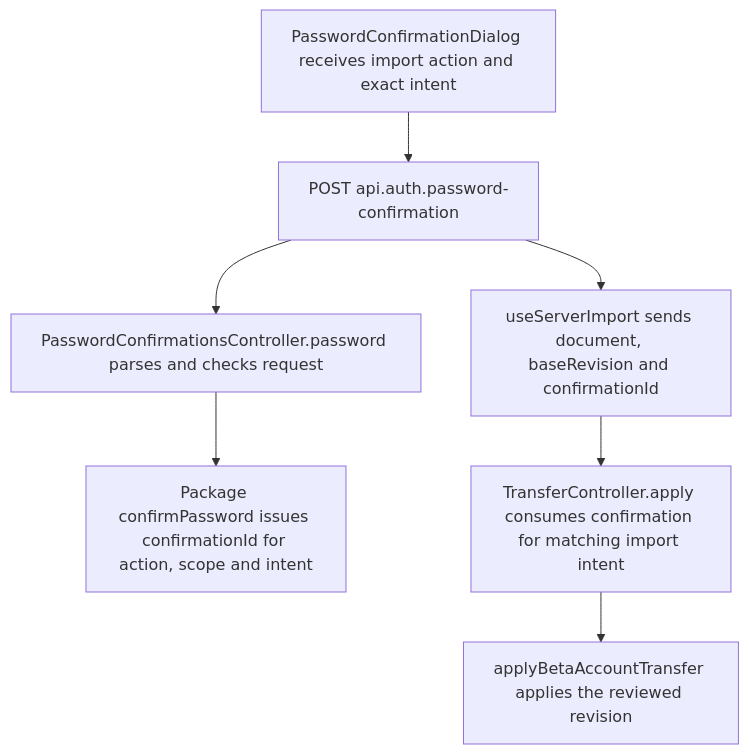
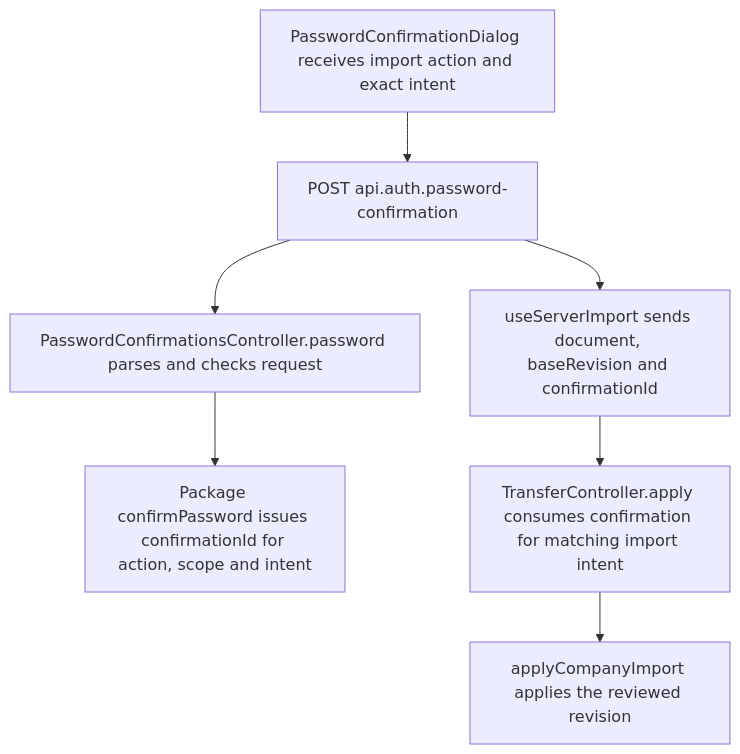
Before and after one commit to Kevinjohn/capacitylens: the second of 2 diagrams in user-stories/data/US-DAT-08-preview-exact-import.md, drawn with Mermaid. The commit also changed other lines of this file and 33 other files, not shown here.

````diff
--- a/user-stories/data/US-DAT-08-preview-exact-import.md
+++ b/user-stories/data/US-DAT-08-preview-exact-import.md
@@ -26,9 +26,9 @@
 ```mermaid
 flowchart TD
   dialog["PasswordConfirmationDialog receives import action and exact intent"] --> issue["POST api.auth.password-confirmation"]
   issue --> controller["PasswordConfirmationsController.password parses and checks request"]
   controller --> kit["Package confirmPassword issues confirmationId for action, scope and intent"]
   issue --> apply["useServerImport sends document, baseRevision and confirmationId"]
   apply --> transfer["TransferController.apply consumes confirmation for matching import intent"]
-  transfer --> service["applyBetaAccountTransfer applies the reviewed revision"]
+  transfer --> service["applyCompanyImport applies the reviewed revision"]
 ```
````
